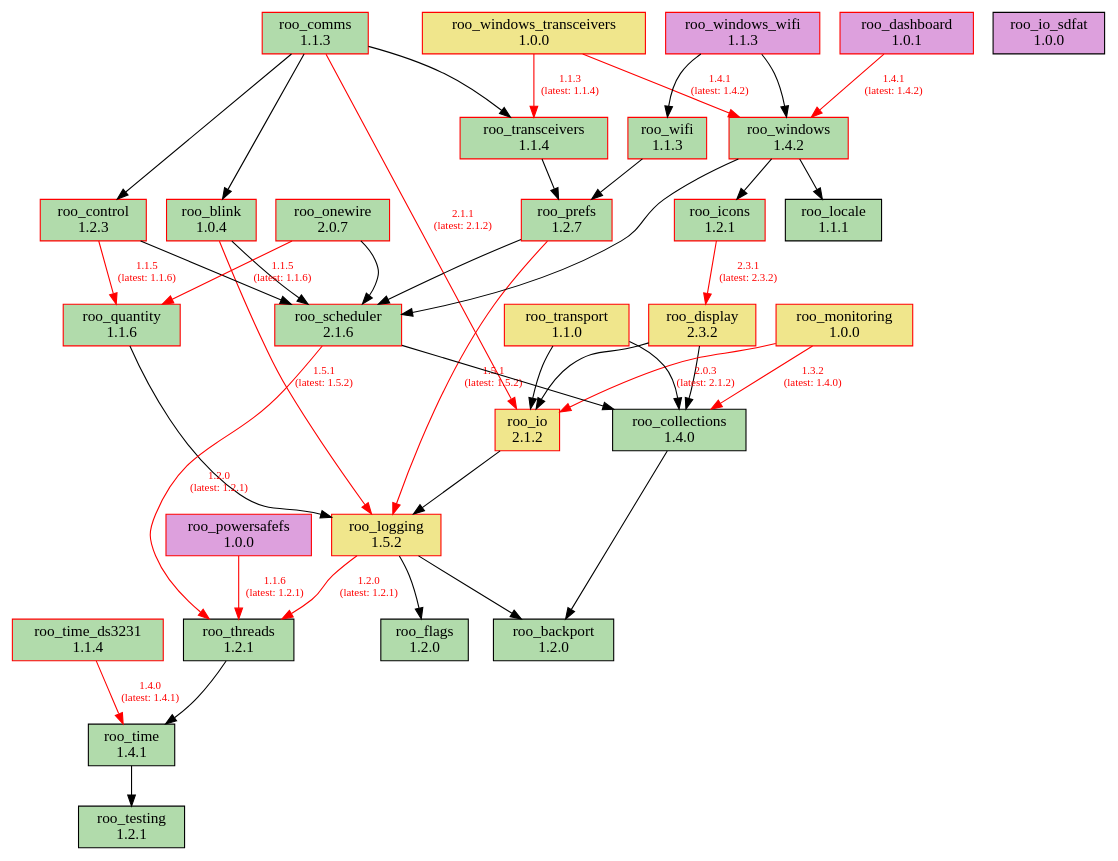
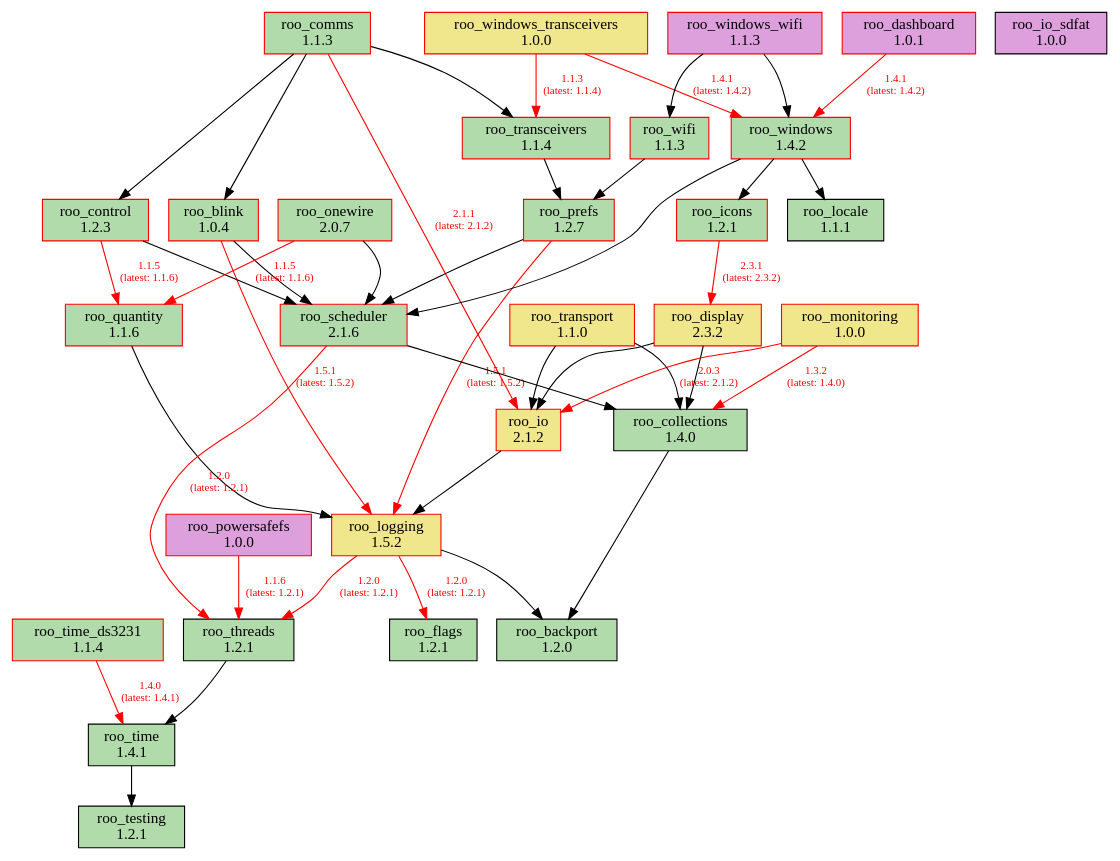
One commit to dejwk/roo-registry changed the diagram in doc/dependencies.dot. Above: the diagram before and after it, drawn with Graphviz. The commit also changed 3 other files, not shown here.

Commit message:
Added roo_flags 1.2.1 to the registry.

```diff
--- a/doc/dependencies.dot
+++ b/doc/dependencies.dot
@@ -1,79 +1,79 @@
 digraph dependencies {
     rankdir=TB;
     node [shape=box, style=filled];
     edge [fontsize=10];
 
     // Modules
     "roo_backport" [label="roo_backport\n1.2.0", fillcolor="#b1dbab", color="black"];
     "roo_blink" [label="roo_blink\n1.0.4", fillcolor="#b1dbab", color="red"];
     "roo_collections" [label="roo_collections\n1.4.0", fillcolor="#b1dbab", color="black"];
     "roo_comms" [label="roo_comms\n1.1.3", fillcolor="#b1dbab", color="red"];
     "roo_control" [label="roo_control\n1.2.3", fillcolor="#b1dbab", color="red"];
     "roo_dashboard" [label="roo_dashboard\n1.0.1", fillcolor="plum", color="red"];
     "roo_display" [label="roo_display\n2.3.2", fillcolor="khaki", color="red"];
-    "roo_flags" [label="roo_flags\n1.2.0", fillcolor="#b1dbab", color="black"];
+    "roo_flags" [label="roo_flags\n1.2.1", fillcolor="#b1dbab", color="black"];
     "roo_icons" [label="roo_icons\n1.2.1", fillcolor="#b1dbab", color="red"];
     "roo_io" [label="roo_io\n2.1.2", fillcolor="khaki", color="red"];
     "roo_io_sdfat" [label="roo_io_sdfat\n1.0.0", fillcolor="plum", color="black"];
     "roo_locale" [label="roo_locale\n1.1.1", fillcolor="#b1dbab", color="black"];
     "roo_logging" [label="roo_logging\n1.5.2", fillcolor="khaki", color="red"];
     "roo_monitoring" [label="roo_monitoring\n1.0.0", fillcolor="khaki", color="red"];
     "roo_onewire" [label="roo_onewire\n2.0.7", fillcolor="#b1dbab", color="red"];
     "roo_powersafefs" [label="roo_powersafefs\n1.0.0", fillcolor="plum", color="red"];
     "roo_prefs" [label="roo_prefs\n1.2.7", fillcolor="#b1dbab", color="red"];
     "roo_quantity" [label="roo_quantity\n1.1.6", fillcolor="#b1dbab", color="red"];
     "roo_scheduler" [label="roo_scheduler\n2.1.6", fillcolor="#b1dbab", color="red"];
     "roo_testing" [label="roo_testing\n1.2.1", fillcolor="#b1dbab", color="black"];
     "roo_threads" [label="roo_threads\n1.2.1", fillcolor="#b1dbab", color="black"];
     "roo_time" [label="roo_time\n1.4.1", fillcolor="#b1dbab", color="black"];
     "roo_time_ds3231" [label="roo_time_ds3231\n1.1.4", fillcolor="#b1dbab", color="red"];
     "roo_transceivers" [label="roo_transceivers\n1.1.4", fillcolor="#b1dbab", color="red"];
     "roo_transport" [label="roo_transport\n1.1.0", fillcolor="khaki", color="red"];
     "roo_wifi" [label="roo_wifi\n1.1.3", fillcolor="#b1dbab", color="red"];
     "roo_windows" [label="roo_windows\n1.4.2", fillcolor="#b1dbab", color="red"];
     "roo_windows_transceivers" [label="roo_windows_transceivers\n1.0.0", fillcolor="khaki", color="red"];
     "roo_windows_wifi" [label="roo_windows_wifi\n1.1.3", fillcolor="plum", color="red"];
 
     // Dependencies
     "roo_blink" -> "roo_logging" [color=red, fontcolor=red, label="1.5.1\n(latest: 1.5.2)"];
     "roo_blink" -> "roo_scheduler";
     "roo_collections" -> "roo_backport";
     "roo_comms" -> "roo_blink";
     "roo_comms" -> "roo_control";
     "roo_comms" -> "roo_io" [color=red, fontcolor=red, label="2.1.1\n(latest: 2.1.2)"];
     "roo_comms" -> "roo_transceivers";
     "roo_control" -> "roo_quantity" [color=red, fontcolor=red, label="1.1.5\n(latest: 1.1.6)"];
     "roo_control" -> "roo_scheduler";
     "roo_dashboard" -> "roo_windows" [color=red, fontcolor=red, label="1.4.1\n(latest: 1.4.2)"];
     "roo_display" -> "roo_collections";
     "roo_display" -> "roo_io";
     "roo_icons" -> "roo_display" [color=red, fontcolor=red, label="2.3.1\n(latest: 2.3.2)"];
     "roo_io" -> "roo_logging";
     "roo_logging" -> "roo_backport";
-    "roo_logging" -> "roo_flags";
+    "roo_logging" -> "roo_flags" [color=red, fontcolor=red, label="1.2.0\n(latest: 1.2.1)"];
     "roo_logging" -> "roo_threads" [color=red, fontcolor=red, label="1.2.0\n(latest: 1.2.1)"];
     "roo_monitoring" -> "roo_collections" [color=red, fontcolor=red, label="1.3.2\n(latest: 1.4.0)"];
     "roo_monitoring" -> "roo_io" [color=red, fontcolor=red, label="2.0.3\n(latest: 2.1.2)"];
     "roo_onewire" -> "roo_scheduler";
     "roo_onewire" -> "roo_quantity" [color=red, fontcolor=red, label="1.1.5\n(latest: 1.1.6)"];
     "roo_powersafefs" -> "roo_threads" [color=red, fontcolor=red, label="1.1.6\n(latest: 1.2.1)"];
     "roo_prefs" -> "roo_logging" [color=red, fontcolor=red, label="1.5.1\n(latest: 1.5.2)"];
     "roo_prefs" -> "roo_scheduler";
     "roo_quantity" -> "roo_logging";
     "roo_scheduler" -> "roo_collections";
     "roo_scheduler" -> "roo_threads" [color=red, fontcolor=red, label="1.2.0\n(latest: 1.2.1)"];
     "roo_threads" -> "roo_time";
     "roo_time" -> "roo_testing";
     "roo_time_ds3231" -> "roo_time" [color=red, fontcolor=red, label="1.4.0\n(latest: 1.4.1)"];
     "roo_transceivers" -> "roo_prefs";
     "roo_transport" -> "roo_collections";
     "roo_transport" -> "roo_io";
     "roo_wifi" -> "roo_prefs";
     "roo_windows" -> "roo_locale";
     "roo_windows" -> "roo_icons";
     "roo_windows" -> "roo_scheduler";
     "roo_windows_transceivers" -> "roo_transceivers" [color=red, fontcolor=red, label="1.1.3\n(latest: 1.1.4)"];
     "roo_windows_transceivers" -> "roo_windows" [color=red, fontcolor=red, label="1.4.1\n(latest: 1.4.2)"];
     "roo_windows_wifi" -> "roo_wifi";
     "roo_windows_wifi" -> "roo_windows";
 }
```
